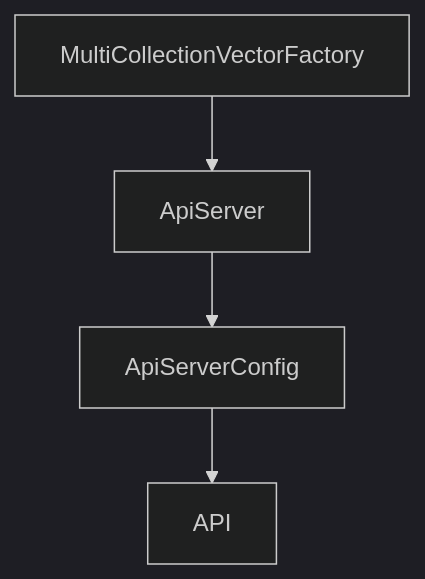
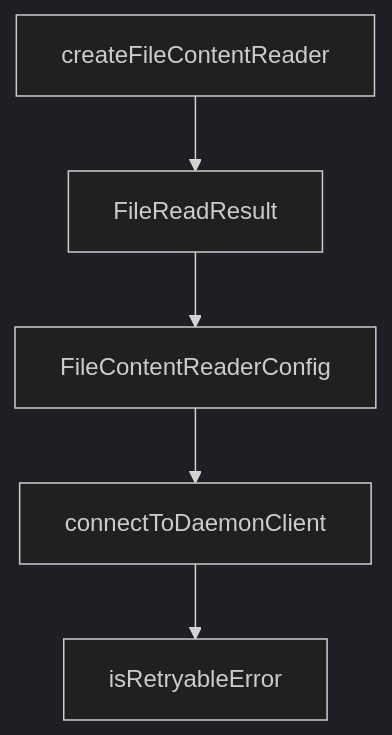
Before and after one commit to johnxie/awesome-code-docs: the diagram in tutorials/cipher-tutorial/06-mcp-integration-patterns.md, drawn with Mermaid (dark theme). The commit also changed other lines of this file and 1232 other files, not shown here.

````diff
--- a/tutorials/cipher-tutorial/06-mcp-integration-patterns.md
+++ b/tutorials/cipher-tutorial/06-mcp-integration-patterns.md
@@ -204,10 +176,12 @@
 ```mermaid
 flowchart TD
-    A[MultiCollectionVectorFactory]
-    B[ApiServer]
-    C[ApiServerConfig]
-    D[API]
+    A[createFileContentReader]
+    B[FileReadResult]
+    C[FileContentReaderConfig]
+    D[connectToDaemonClient]
+    E[isRetryableError]
     A --> B
     B --> C
     C --> D
+    D --> E
 ```
````
